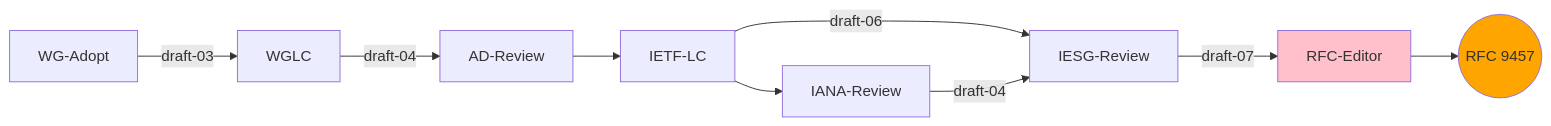
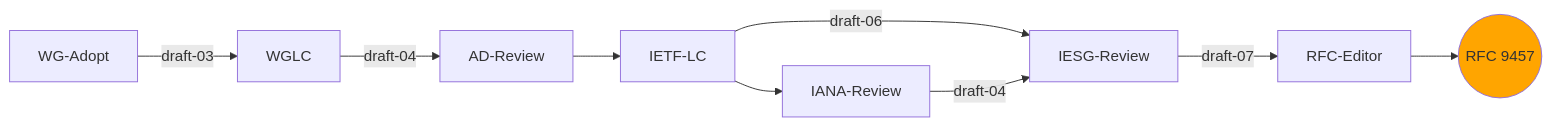
Diagram 11 of 12 in index.md (ietf-wg-httpapi/ietf-wg-httpapi.github.io), drawn with Mermaid before and after one commit. The commit also changed other lines of this file, not shown here.

Commit message:
Updated for IETF119

````diff
--- a/index.md
+++ b/index.md
@@ -202,17 +184,16 @@
 ```mermaid
 graph LR
     classDef current fill:orange
     classDef lastIETF fill:pink
 
     WG-Adopt --draft-03--> WGLC
     WGLC --draft-04--> AD-Review
     AD-Review --> IETF-LC
     IETF-LC --> IANA-Review 
     IETF-LC --draft-06--> IESG-Review   
     IANA-Review --draft-04--> IESG-Review
     IESG-Review --draft-07--> RFC-Editor
     RFC-Editor --> RFC((RFC 9457)) 
 
     class RFC current
-    class RFC-Editor lastIETF
 ```
````
